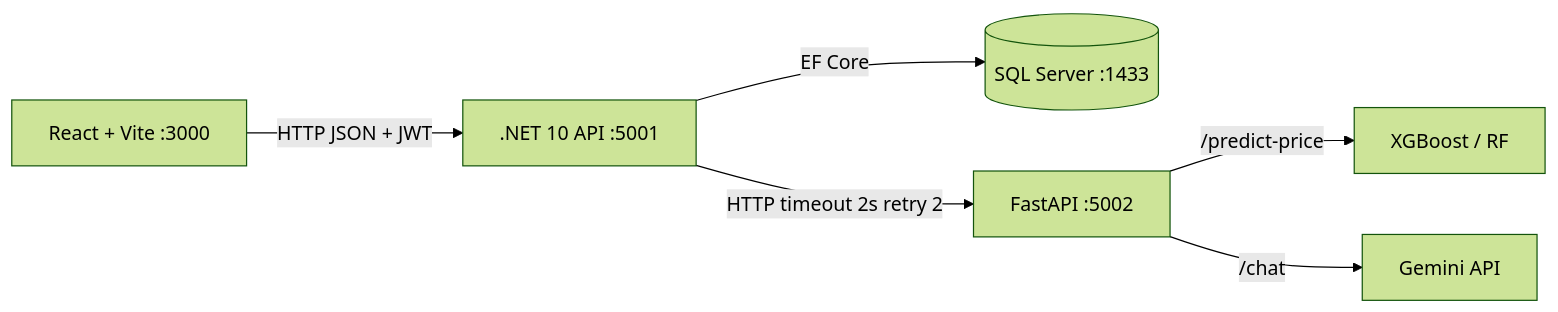
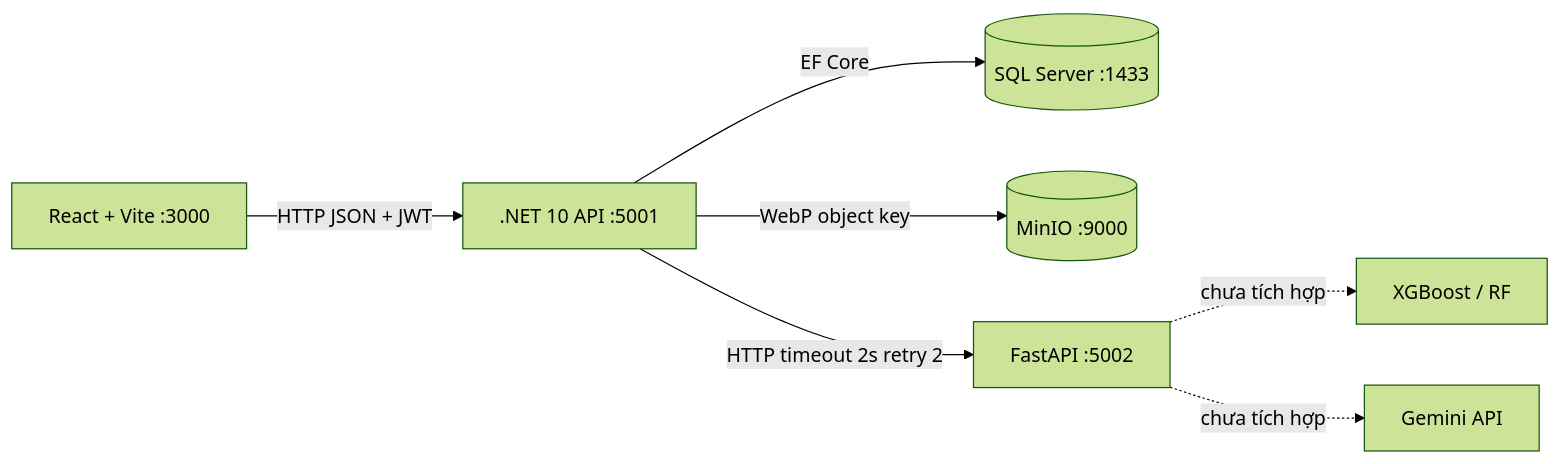
The diagram in docs/architecture.md (nguyenvudung365-commits/car-rental-ai), drawn with Mermaid (forest theme) before and after one commit. The commit also changed other lines of this file and 69 other files, not shown here.

````diff
--- a/docs/architecture.md
+++ b/docs/architecture.md
@@ -18,8 +17,9 @@
 ```mermaid
 flowchart LR
     FE[React + Vite :3000] -->|HTTP JSON + JWT| API[.NET 10 API :5001]
     API -->|EF Core| DB[(SQL Server :1433)]
+    API -->|WebP object key| MinIO[(MinIO :9000)]
     API -->|HTTP timeout 2s retry 2| AI[FastAPI :5002]
-    AI -->|/predict-price| ML[XGBoost / RF]
-    AI -->|/chat| Gemini[Gemini API]
+    AI -.->|chưa tích hợp| ML[XGBoost / RF]
+    AI -.->|chưa tích hợp| Gemini[Gemini API]
 ```
````
